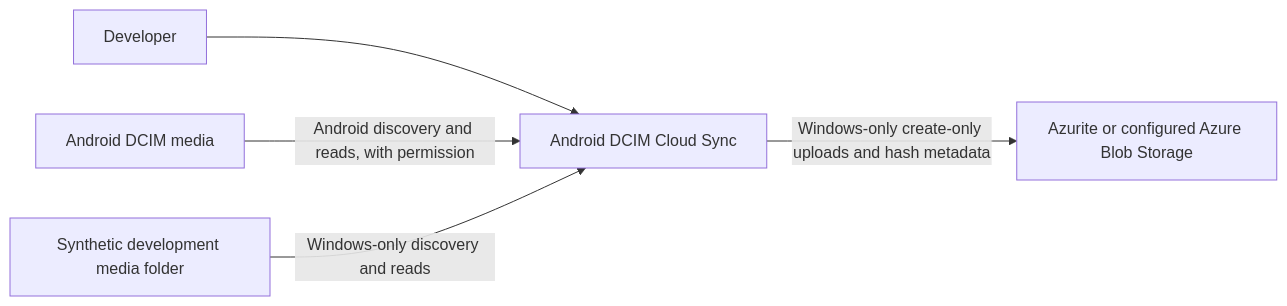
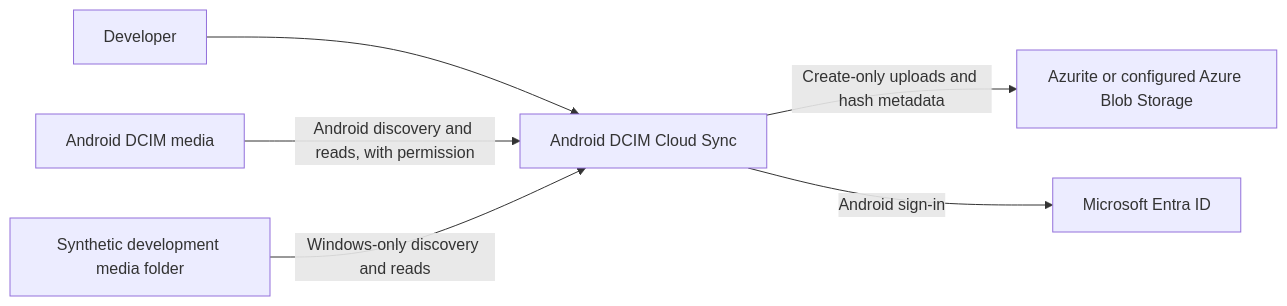
Before and after one commit to f2calv/android-dcim-cloud-sync: the diagram in README.md, drawn with Mermaid. The commit also changed other lines of this file and 38 other files, not shown here.

First line of the commit message:
feat(android): back up with Microsoft Entra sign-in

````diff
--- a/README.md
+++ b/README.md
@@ -38,7 +40,8 @@
 ```mermaid
 flowchart LR
     Developer["Developer"] --> App["Android DCIM Cloud Sync"]
     Phone["Android DCIM media"] -->|Android discovery and reads, with permission| App
     Folder["Synthetic development media folder"] -->|Windows-only discovery and reads| App
-    App -->|Windows-only create-only uploads and hash metadata| Storage["Azurite or configured Azure Blob Storage"]
+    App -->|Create-only uploads and hash metadata| Storage["Azurite or configured Azure Blob Storage"]
+    App -->|Android sign-in| Entra["Microsoft Entra ID"]
 ```
````
